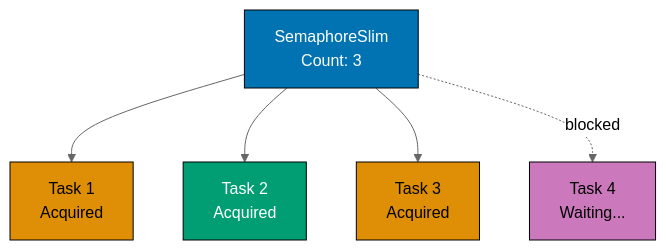
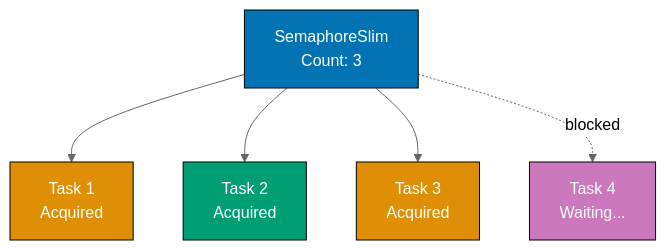
The seventh of 10 diagrams in apps/ayokoding-web/content/en/learn/software-engineering/programming-languages/c-sharp/by-example/advanced.md (wahidyankf/open-sharia-enterprise), drawn with Mermaid (neutral theme) before and after one commit. The commit also changed other lines of this file and 61 other files, not shown here.

First line of the commit message:
fix(ayokoding-web): quote Mermaid node labels with special characters in Example 63

````diff
--- a/apps/ayokoding-web/content/en/learn/software-engineering/programming-languages/c-sharp/by-example/advanced.md
+++ b/apps/ayokoding-web/content/en/learn/software-engineering/programming-languages/c-sharp/by-example/advanced.md
@@ -1027,20 +1027,20 @@
 ```mermaid
 %% Color Palette: Blue #0173B2, Orange #DE8F05, Teal #029E73, Purple #CC78BC
 graph TD
     A[SemaphoreSlim<br/>Count: 3]:::blue
     B[Task 1<br/>Acquired]:::orange
     C[Task 2<br/>Acquired]:::teal
     D[Task 3<br/>Acquired]:::orange
     E[Task 4<br/>Waiting...]:::purple
 
     A --> B
     A --> C
     A --> D
     A -.blocked.-> E
 
     style A fill:#0173B2,stroke:#000,color:#fff
-    style B fill:#DE8F05,stroke:#000,color:#000
+    style B fill:#DE8F05,stroke:#000,color:#fff
     style C fill:#029E73,stroke:#000,color:#fff
-    style D fill:#DE8F05,stroke:#000,color:#000
-    style E fill:#CC78BC,stroke:#000,color:#000
+    style D fill:#DE8F05,stroke:#000,color:#fff
+    style E fill:#CC78BC,stroke:#000,color:#fff
 ```
````
